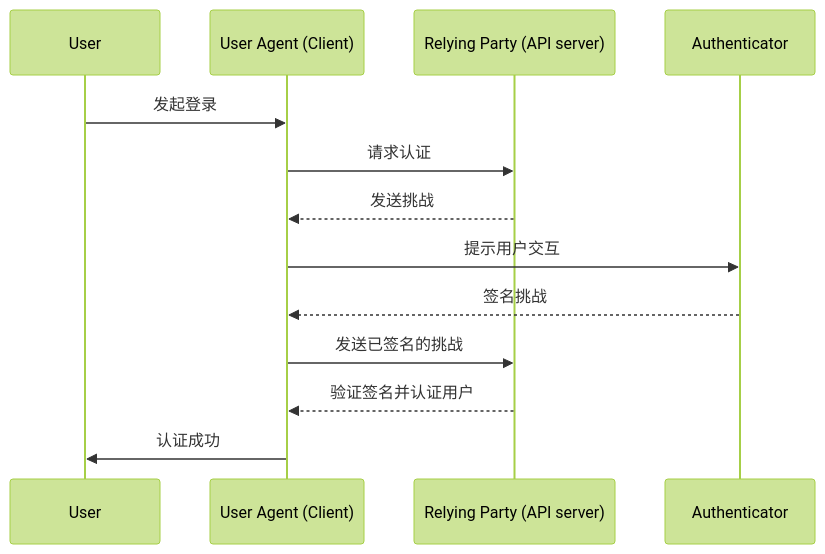
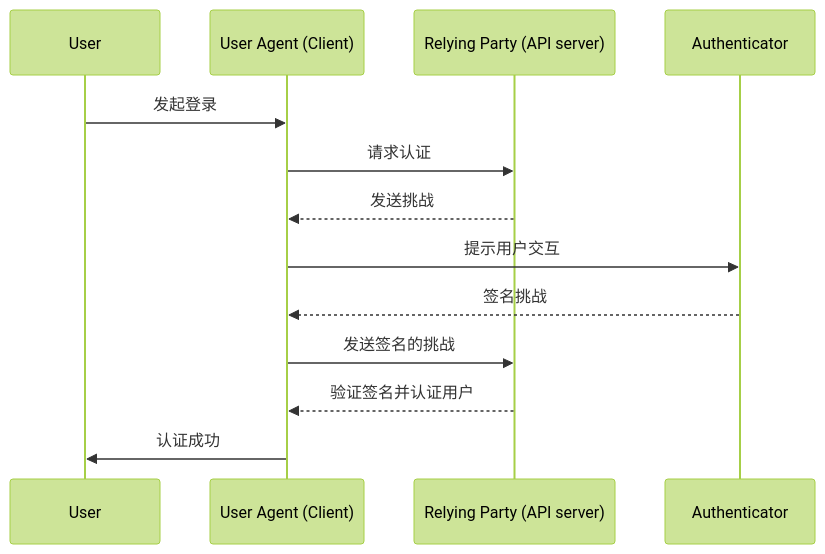
The second of 2 diagrams in src/content/terms/zh/webauthn.mdx (logto-io/auth-wiki), drawn with Mermaid (forest theme) before and after one commit. The commit also changed other lines of this file and 98 other files, not shown here.

````diff
--- a/src/content/terms/zh/webauthn.mdx
+++ b/src/content/terms/zh/webauthn.mdx
@@ -67,16 +75,16 @@
 ```mermaid
 sequenceDiagram
 	participant User
 	participant User Agent (Client)
 	participant Relying Party (API server)
 	participant Authenticator
 
 	User ->> User Agent (Client): 发起登录
 	User Agent (Client) ->> Relying Party (API server): 请求认证
 	Relying Party (API server) -->> User Agent (Client): 发送挑战
 	User Agent (Client) ->> Authenticator: 提示用户交互
 	Authenticator -->> User Agent (Client): 签名挑战
-	User Agent (Client) ->> Relying Party (API server): 发送已签名的挑战
+	User Agent (Client) ->> Relying Party (API server): 发送签名的挑战
 	Relying Party (API server) -->> User Agent (Client): 验证签名并认证用户
 	User Agent (Client) ->> User: 认证成功
 ```
````
